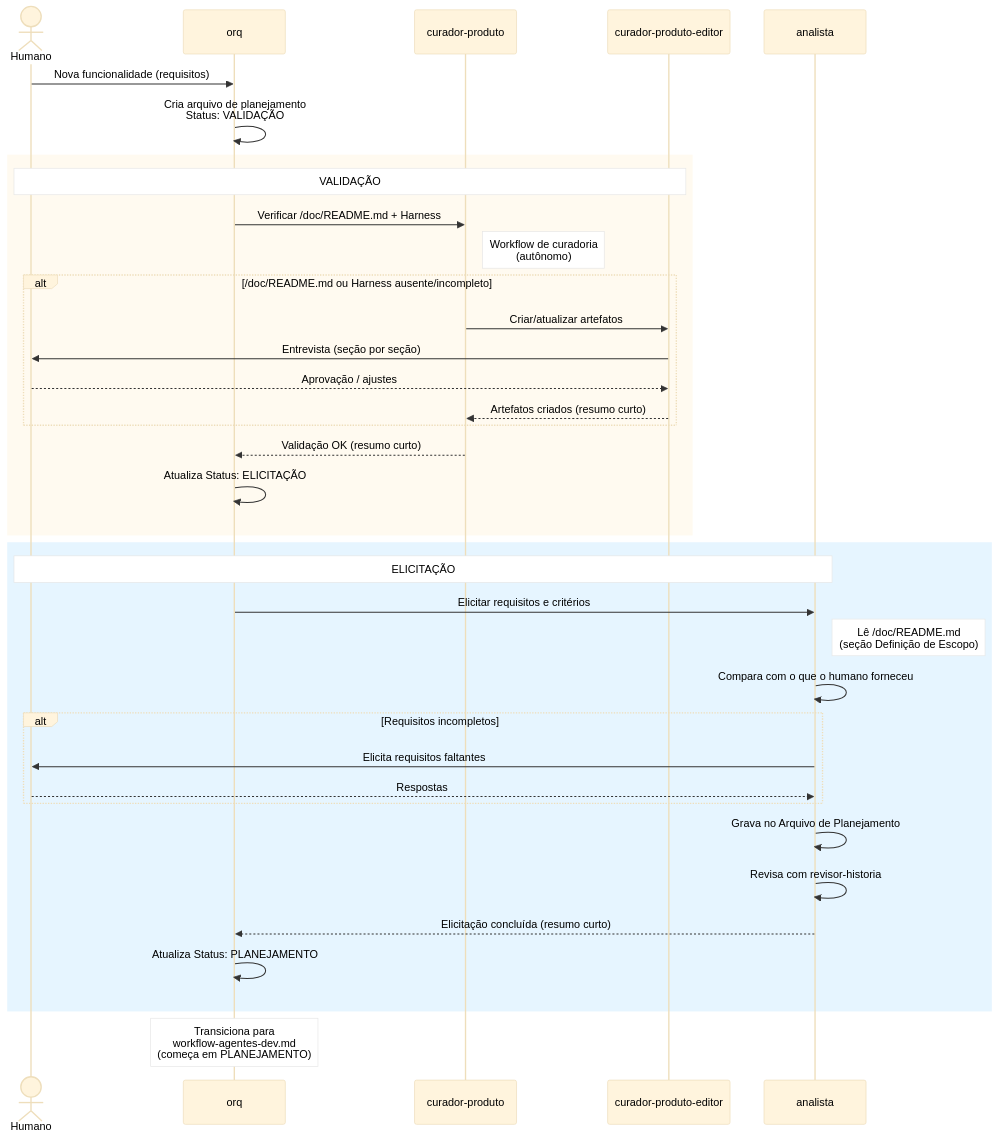
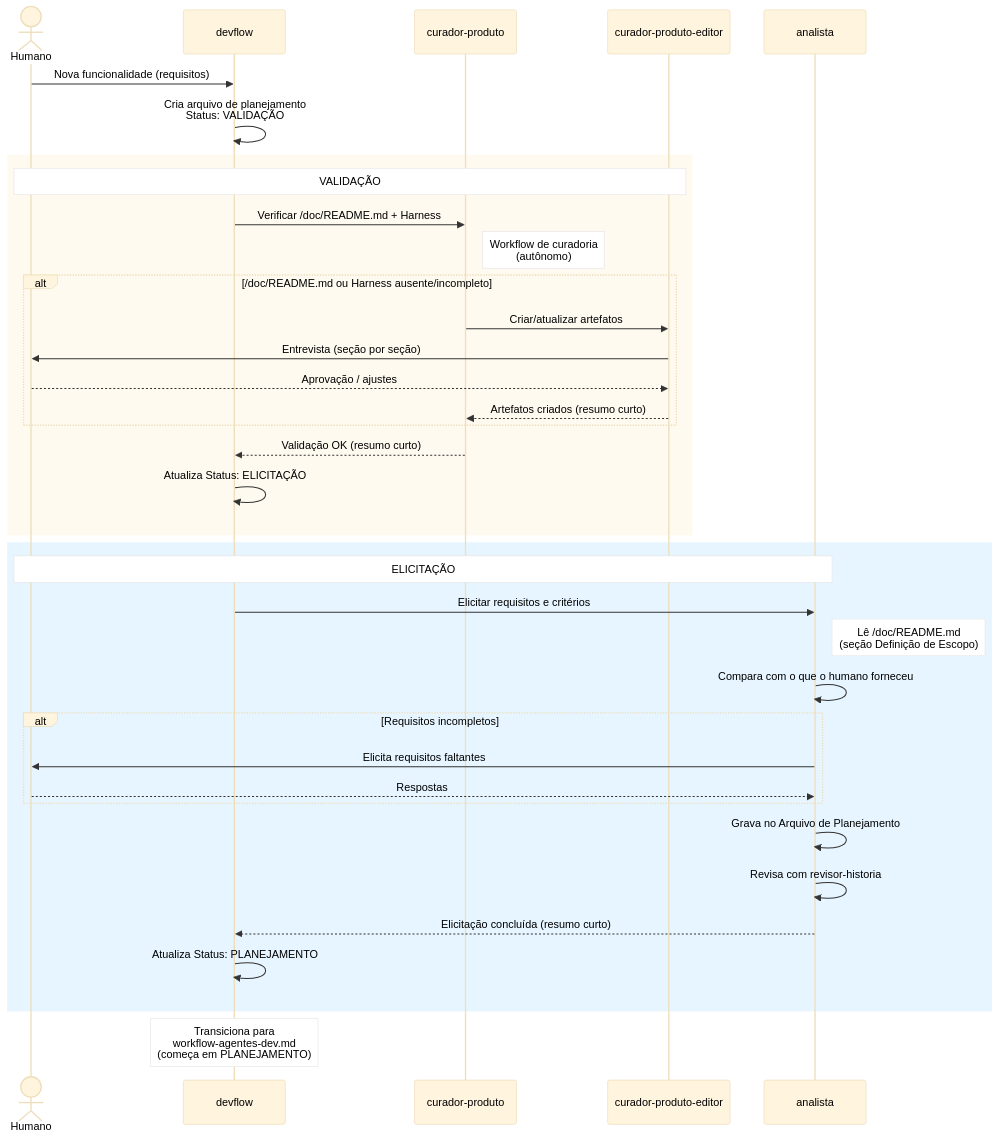
Before and after one commit to vitormcruz/opencode-global-config: the diagram in docs/workflow-definicao-escopo.md, drawn with Mermaid. The commit also changed other lines of this file and 11 other files, not shown here.

First line of the commit message:
feat(workflow): renomeia orq→devflow, exclui harness do planejamento, obriga grill-me

````diff
--- a/docs/workflow-definicao-escopo.md
+++ b/docs/workflow-definicao-escopo.md
@@ -82,67 +82,67 @@
 ```mermaid
 %%{init: {'theme': 'base', 'themeVariables': {
     'actorTextColor': '#000000',
     'signalTextColor': '#000000',
     'labelTextColor': '#000000',
     'noteBkgColor': '#ffffff',
     'noteTextColor': '#000000',
     'activationBorderColor': '#666666',
     'sequenceNumberColor': '#000000'
 }}}%%
 sequenceDiagram
     actor Humano
-    participant orq as orq
+    participant devflow as devflow
     participant cur as curador-produto
     participant edit as curador-produto-editor
     participant ana as analista
 
     %% ── INÍCIO ──────────────────────────────
-    Humano ->> orq: Nova funcionalidade (requisitos)
-    orq ->> orq: Cria arquivo de planejamento<br/>Status: VALIDAÇÃO
+    Humano ->> devflow: Nova funcionalidade (requisitos)
+    devflow ->> devflow: Cria arquivo de planejamento<br/>Status: VALIDAÇÃO
 
     %% ── VALIDAÇÃO ────────────────────────────
     rect rgb(255, 250, 240)
     Note over Humano, edit: VALIDAÇÃO
 
-    orq ->> cur: Verificar /doc/README.md + Harness
+    devflow ->> cur: Verificar /doc/README.md + Harness
     Note right of cur: Workflow de curadoria<br/>(autônomo)
 
     alt /doc/README.md ou Harness ausente/incompleto
         cur ->> edit: Criar/atualizar artefatos
         edit ->> Humano: Entrevista (seção por seção)
         Humano -->> edit: Aprovação / ajustes
         edit -->> cur: Artefatos criados (resumo curto)
     end
 
-    cur -->> orq: Validação OK (resumo curto)
+    cur -->> devflow: Validação OK (resumo curto)
 
-    orq ->> orq: Atualiza Status: ELICITAÇÃO
+    devflow ->> devflow: Atualiza Status: ELICITAÇÃO
 
     end
 
     %% ── ELICITAÇÃO ───────────────────────────
     rect rgb(230, 245, 255)
     Note over Humano, ana: ELICITAÇÃO
 
-    orq ->> ana: Elicitar requisitos e critérios
+    devflow ->> ana: Elicitar requisitos e critérios
     Note right of ana: Lê /doc/README.md<br/>(seção Definição de Escopo)
 
     ana ->> ana: Compara com o que o humano forneceu
 
     alt Requisitos incompletos
         ana ->> Humano: Elicita requisitos faltantes
         Humano -->> ana: Respostas
     end
 
     ana ->> ana: Grava no Arquivo de Planejamento
     ana ->> ana: Revisa com revisor-historia
 
-    ana -->> orq: Elicitação concluída (resumo curto)
+    ana -->> devflow: Elicitação concluída (resumo curto)
 
-    orq ->> orq: Atualiza Status: PLANEJAMENTO
+    devflow ->> devflow: Atualiza Status: PLANEJAMENTO
 
     end
 
     %% ── TRANSIÇÃO ────────────────────────────
-    Note over orq: Transiciona para<br/>workflow-agentes-dev.md<br/>(começa em PLANEJAMENTO)
+    Note over devflow: Transiciona para<br/>workflow-agentes-dev.md<br/>(começa em PLANEJAMENTO)
 ```
````
